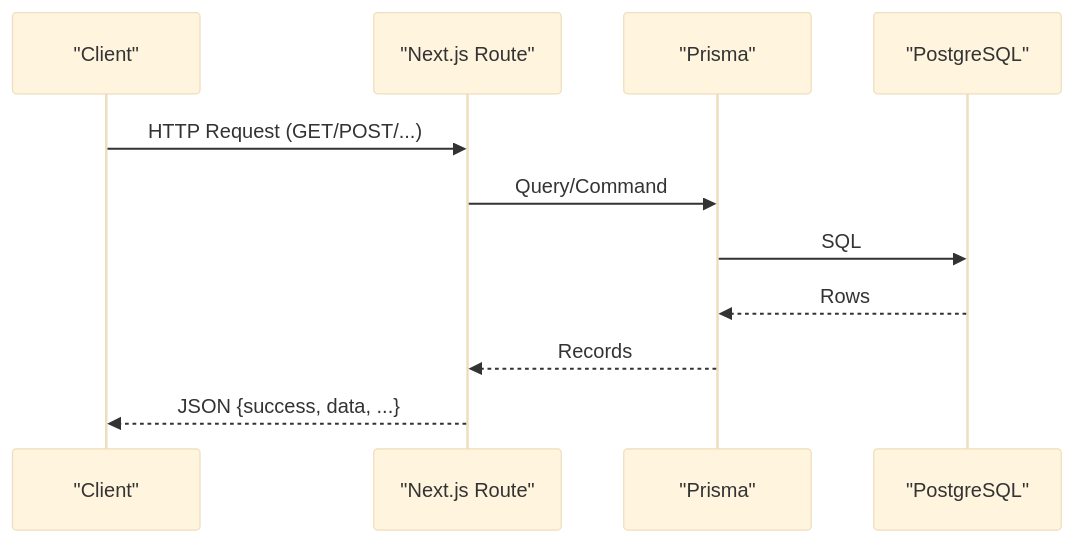
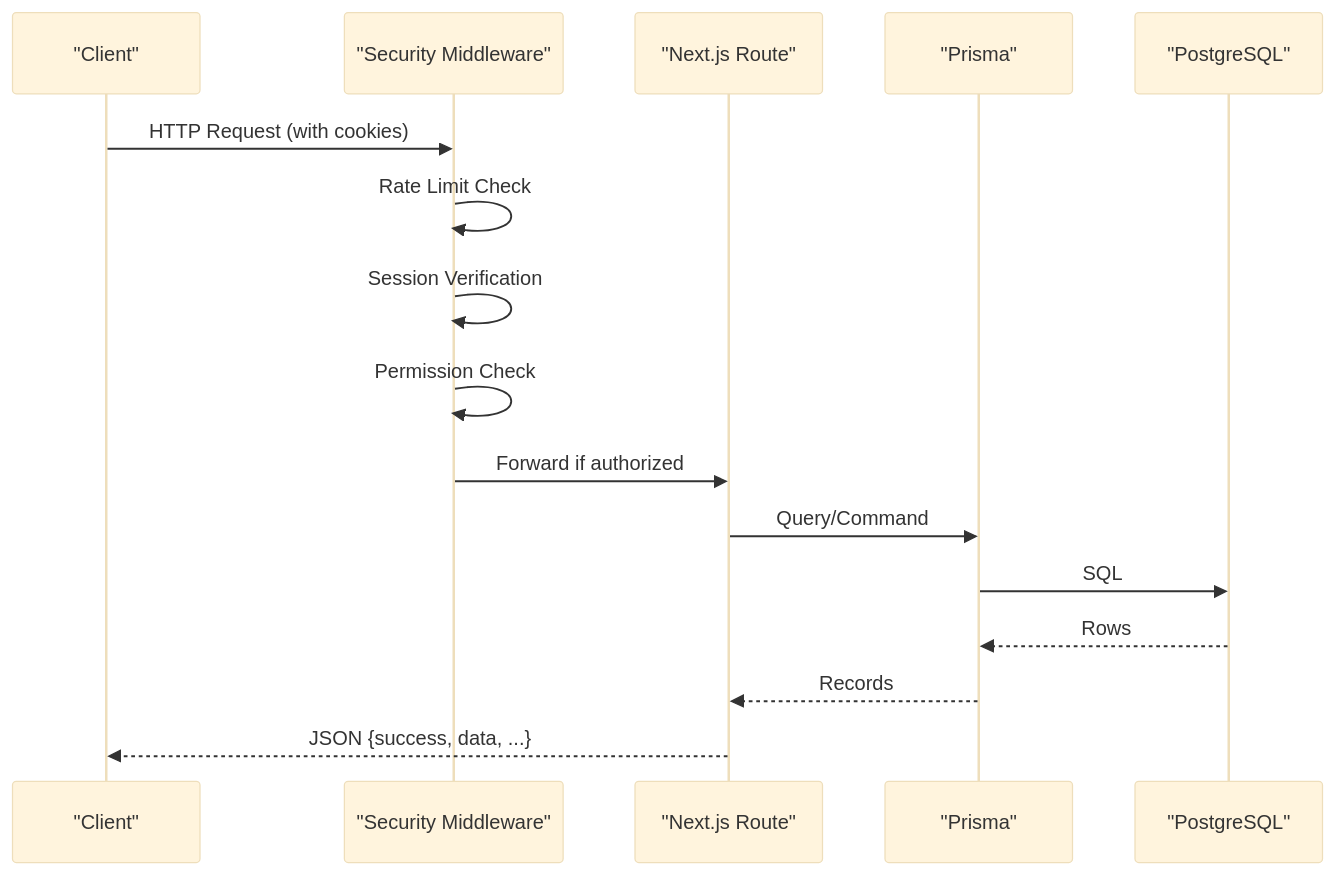
One commit to celebigilfatih/infrascope changed the second of 3 diagrams in .qoder/repowiki/en/content/API Endpoints & Services/API Endpoints & Services.md. Above: the diagram before and after it, drawn with Mermaid (base theme). The commit also changed other lines of this file and 12 other files, not shown here.

First line of the commit message:
feat(api): add authentication, license management, and enhanced security middleware

````diff
--- a/.qoder/repowiki/en/content/API Endpoints & Services/API Endpoints & Services.md
+++ b/.qoder/repowiki/en/content/API Endpoints & Services/API Endpoints & Services.md
@@ -123,13 +167,18 @@
 ```mermaid
 sequenceDiagram
 participant C as "Client"
+participant M as "Security Middleware"
 participant R as "Next.js Route"
 participant P as "Prisma"
 participant DB as "PostgreSQL"
-C->>R : HTTP Request (GET/POST/...)
+C->>M : HTTP Request (with cookies)
+M->>M : Rate Limit Check
+M->>M : Session Verification
+M->>M : Permission Check
+M->>R : Forward if authorized
 R->>P : Query/Command
 P->>DB : SQL
 DB-->>P : Rows
 P-->>R : Records
 R-->>C : JSON {success, data, ...}
 ```
````
